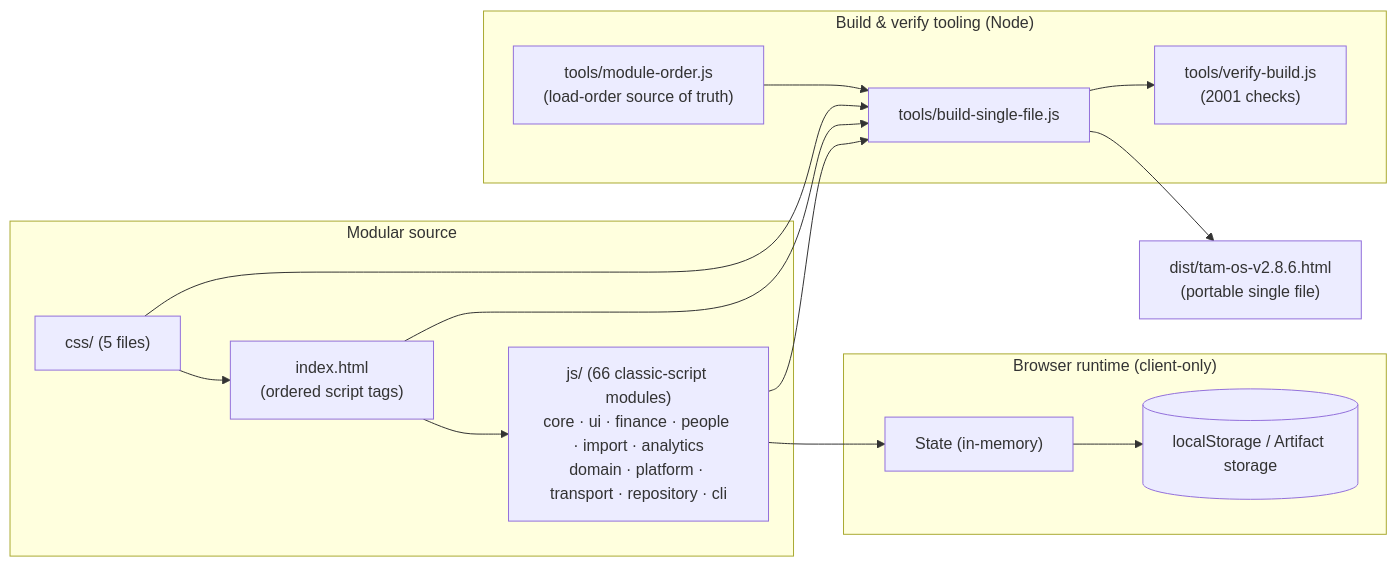
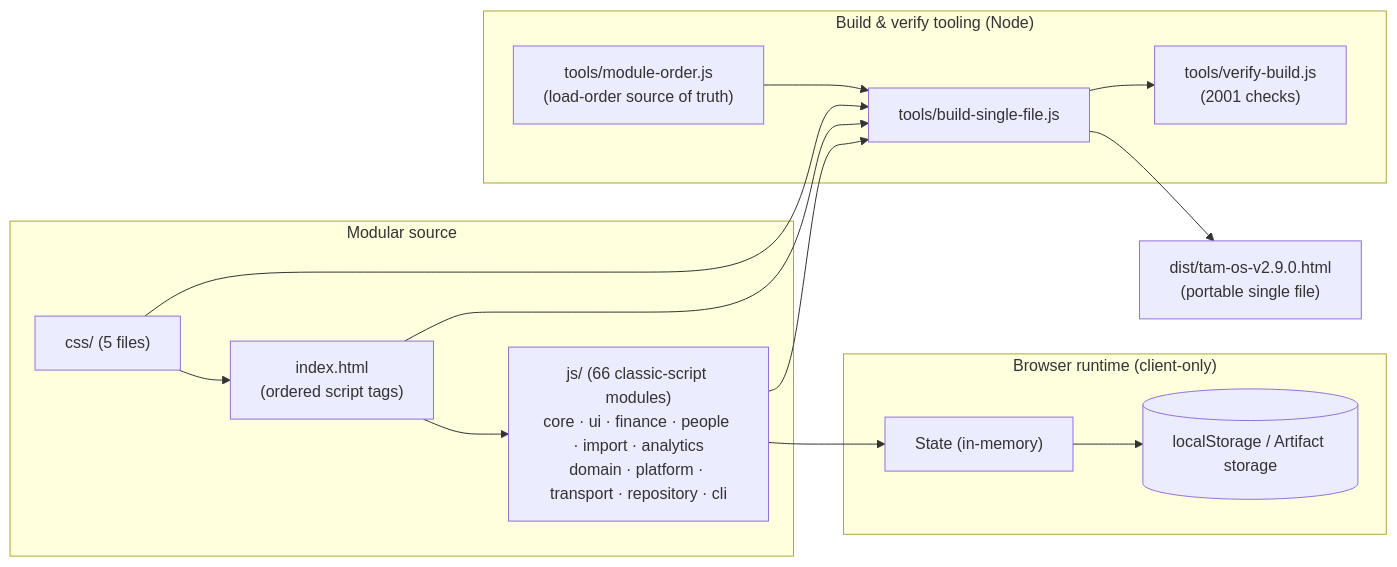
One commit to fanoryu/TAM-Intelligence-OS changed the first of 2 diagrams in README.md. Above: the diagram before and after it, drawn with Mermaid. The commit also changed other lines of this file and 10 other files, not shown here.

````diff
--- a/README.md
+++ b/README.md
@@ -216,27 +211,27 @@
 ```mermaid
 flowchart LR
   subgraph Source["Modular source"]
     IDX["index.html<br/>(ordered script tags)"]
     CSS["css/ (5 files)"]
     JS["js/ (66 classic-script modules)<br/>core · ui · finance · people · import · analytics<br/>domain · platform · transport · repository · cli"]
   end
   subgraph Runtime["Browser runtime (client-only)"]
     STATE["State (in-memory)"]
     LS[("localStorage / Artifact storage")]
   end
   subgraph Build["Build & verify tooling (Node)"]
     ORDER["tools/module-order.js<br/>(load-order source of truth)"]
     BUILD["tools/build-single-file.js"]
     VERIFY["tools/verify-build.js<br/>(2001 checks)"]
   end
-  DIST["dist/tam-os-v2.8.6.html<br/>(portable single file)"]
+  DIST["dist/tam-os-v2.9.0.html<br/>(portable single file)"]
 
   IDX --> JS --> STATE --> LS
   CSS --> IDX
   ORDER --> BUILD
   IDX --> BUILD
   CSS --> BUILD
   JS --> BUILD
   BUILD --> DIST
   BUILD --> VERIFY
 ```
````
